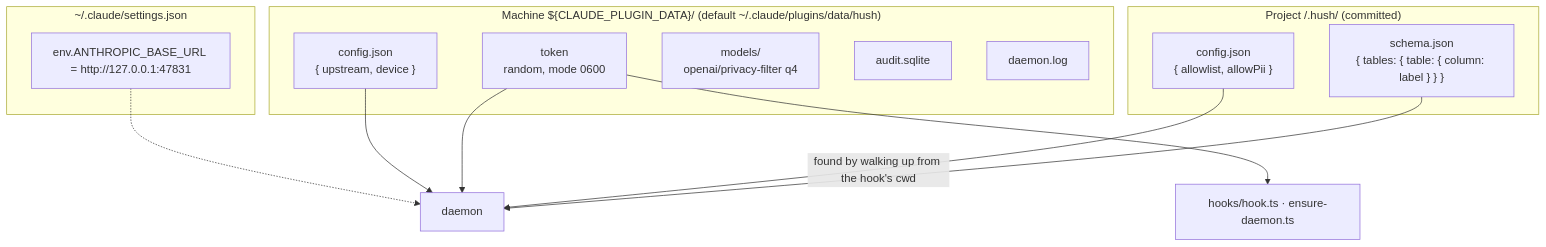
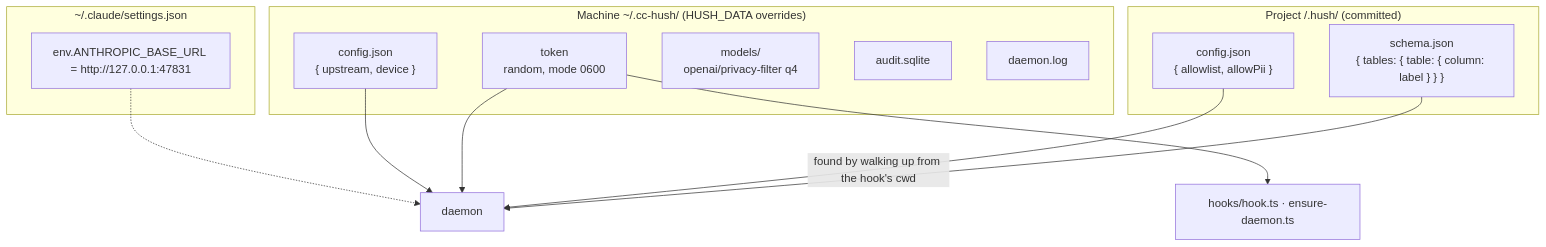
The first of 2 diagrams in docs/configuration-and-storage.md (DenEwout/cc-hush), drawn with Mermaid before and after one commit. The commit also changed other lines of this file and 24 other files, not shown here.

````diff
--- a/docs/configuration-and-storage.md
+++ b/docs/configuration-and-storage.md
@@ -5,23 +5,23 @@
 ```mermaid
 flowchart TD
-    subgraph machine["Machine  ${CLAUDE_PLUGIN_DATA}/  (default ~/.claude/plugins/data/hush)"]
+    subgraph machine["Machine  ~/.cc-hush/  (HUSH_DATA overrides)"]
         MC["config.json<br/>{ upstream, device }"]
         TK["token<br/>random, mode 0600"]
         MO["models/<br/>openai/privacy-filter q4"]
         AU["audit.sqlite"]
         LG["daemon.log"]
     end
     subgraph project["Project  <repo>/.hush/  (committed)"]
         PC["config.json<br/>{ allowlist, allowPii }"]
         SC["schema.json<br/>{ tables: { table: { column: label } } }"]
     end
     subgraph claude["~/.claude/settings.json"]
         ENV["env.ANTHROPIC_BASE_URL = http://127.0.0.1:47831"]
     end
     ENV -.-> daemon
     MC --> daemon[daemon]
     TK --> daemon
     TK --> hooks[hooks/hook.ts · ensure-daemon.ts]
     PC -- "found by walking up from the hook's cwd" --> daemon
     SC --> daemon
 ```
````
